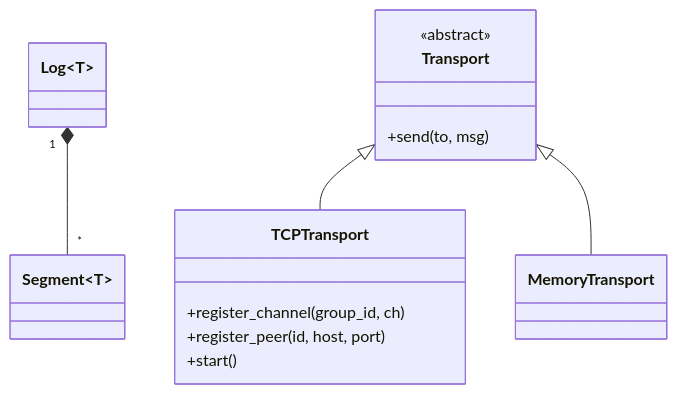
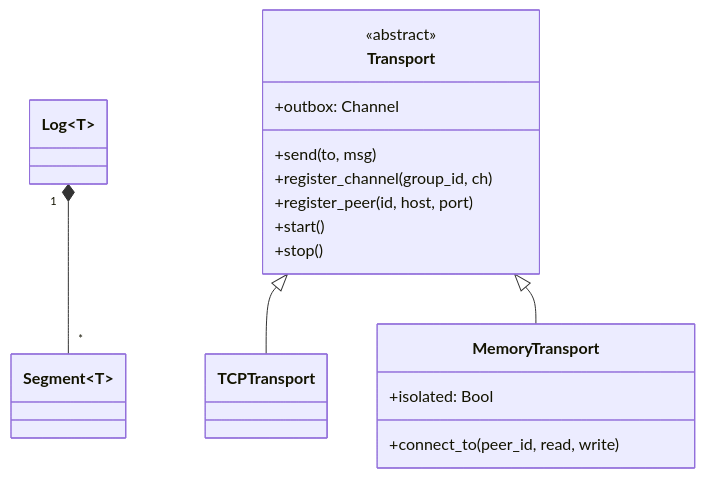
One commit to 84codes/raft.cr changed the fifth of 7 diagrams in ARCHITECTURE.md. Above: the diagram before and after it, drawn with Mermaid. The commit also changed other lines of this file and 3 other files, not shown here.

First line of the commit message:
Unify Transport contract; rewrite MemoryTransport on IO pipes (#11)

````diff
--- a/ARCHITECTURE.md
+++ b/ARCHITECTURE.md
@@ -366,20 +369,24 @@
 ```mermaid
 classDiagram
     class Log~T~
     class Segment~T~
 
     class Transport {
         <<abstract>>
+        +outbox: Channel
         +send(to, msg)
-    }
-    class TCPTransport {
         +register_channel(group_id, ch)
         +register_peer(id, host, port)
         +start()
+        +stop()
     }
-    class MemoryTransport
+    class TCPTransport
+    class MemoryTransport {
+        +connect_to(peer_id, read, write)
+        +isolated: Bool
+    }
 
     Log "1" *-- "*" Segment
     Transport <|-- TCPTransport
     Transport <|-- MemoryTransport
 ```
````
